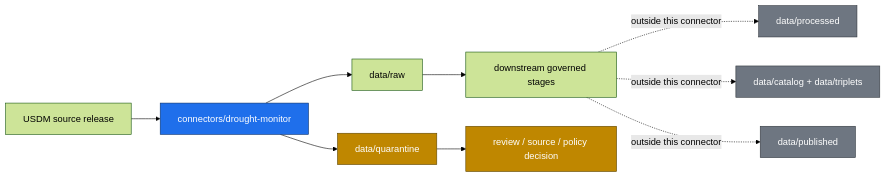
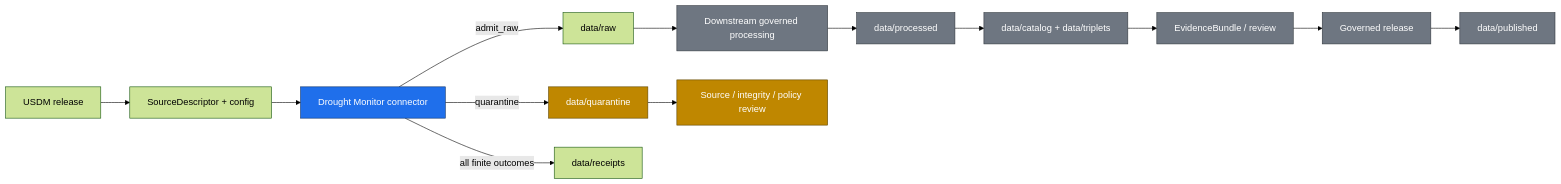
One commit to bartytime4life/Kansas-Frontier-Matrix changed the diagram in connectors/drought-monitor/README.md. Above: the diagram before and after it, drawn with Mermaid (forest theme). The commit also changed other lines of this file, not shown here.

Commit message:
docs(connectors): strengthen drought monitor connector README

````diff
--- a/connectors/drought-monitor/README.md
+++ b/connectors/drought-monitor/README.md
@@ -90,19 +224,22 @@
 ```mermaid
 flowchart LR
-  SRC[USDM source release] --> CONN[connectors/drought-monitor]
-  CONN --> RAW[data/raw]
-  CONN --> QUAR[data/quarantine]
-  RAW --> NEXT[downstream governed stages]
-  QUAR --> REVIEW[review / source / policy decision]
-
-  NEXT -. outside this connector .-> PROC[data/processed]
-  NEXT -. outside this connector .-> CAT[data/catalog + data/triplets]
-  NEXT -. outside this connector .-> PUB[data/published]
+  SRC[USDM release] --> DESC[SourceDescriptor + config]
+  DESC --> CONN[Drought Monitor connector]
+  CONN -->|admit_raw| RAW[data/raw]
+  CONN -->|quarantine| QUAR[data/quarantine]
+  CONN -->|all finite outcomes| REC[data/receipts]
+  RAW --> GOV[Downstream governed processing]
+  QUAR --> REVIEW[Source / integrity / policy review]
+  GOV --> PROC[data/processed]
+  PROC --> CAT[data/catalog + data/triplets]
+  CAT --> PROOF[EvidenceBundle / review]
+  PROOF --> REL[Governed release]
+  REL --> PUB[data/published]
 
   classDef connector fill:#1f6feb,stroke:#0a3069,color:#fff;
   classDef hold fill:#bf8700,stroke:#5c4400,color:#fff;
-  classDef outside fill:#6e7681,stroke:#30363d,color:#fff;
+  classDef governed fill:#6e7681,stroke:#30363d,color:#fff;
   class CONN connector;
   class QUAR,REVIEW hold;
-  class PROC,CAT,PUB outside;
+  class GOV,PROC,CAT,PROOF,REL,PUB governed;
 ```
````
